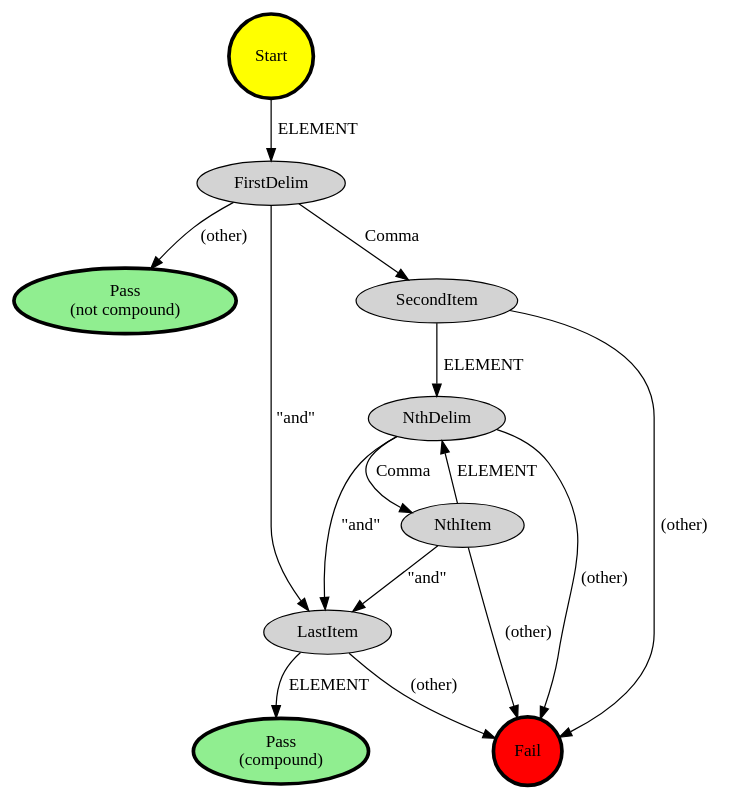
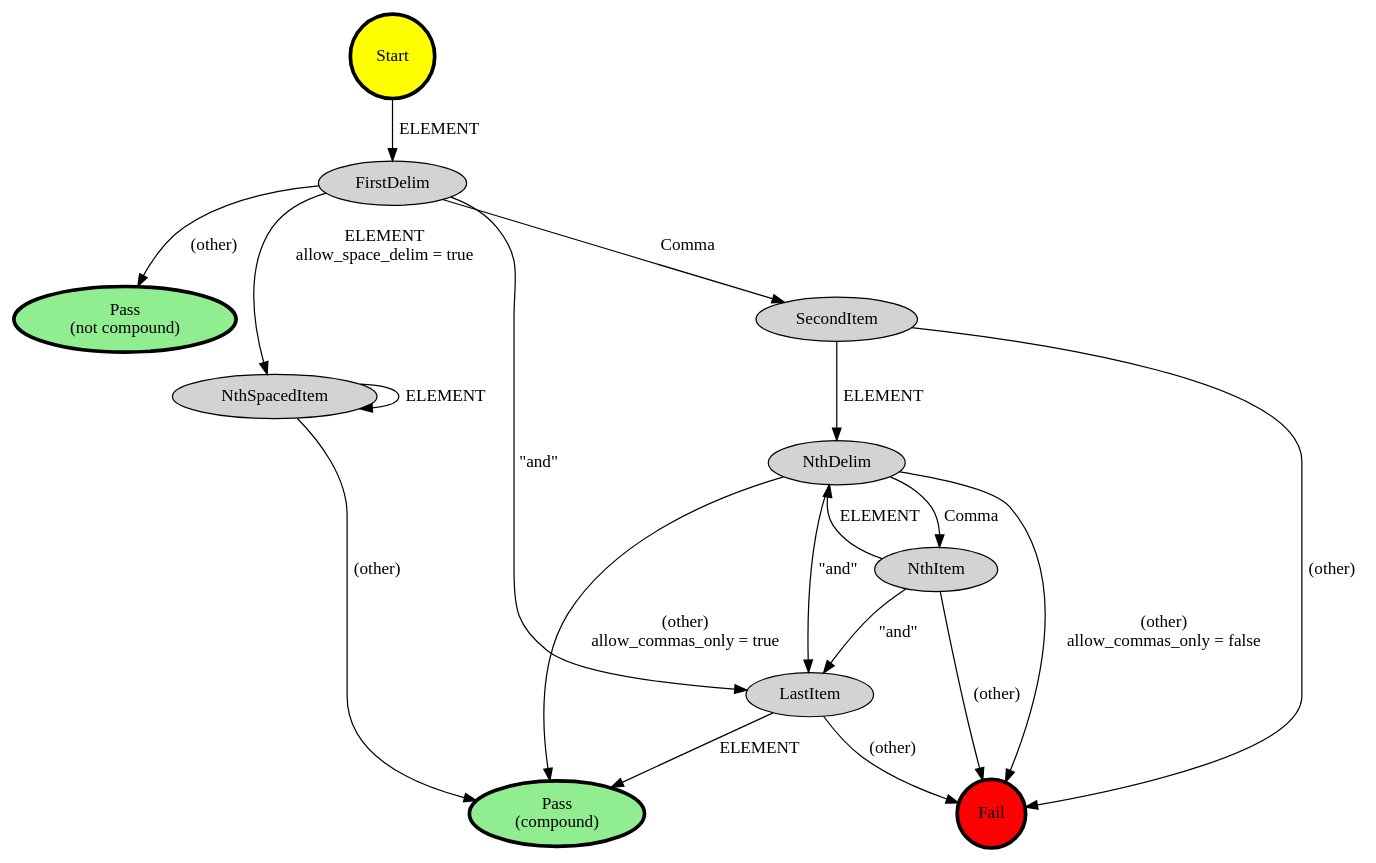
One commit to glindsey/quixote changed the diagram in notes/compound_element_state_machine.dot. Above: the diagram before and after it, drawn with Graphviz. The commit also changed 4 other files, not shown here.

```diff
--- a/notes/compound_element_state_machine.dot
+++ b/notes/compound_element_state_machine.dot
@@ -1,31 +1,46 @@
 digraph G
 {
   node [
     style = filled;
   ]
 
   "Start" [fillcolor=yellow, shape=circle, penwidth=3];
   "Fail" [fillcolor=red, shape=circle, penwidth=3];
   "PassNC" [label="Pass\n(not compound)", fillcolor=lightgreen, penwidth=3];
   "PassC" [label="Pass\n(compound)", fillcolor=lightgreen, penwidth=3];
 
   "Start" -> "FirstDelim" [label="ELEMENT"];
 
   "FirstDelim" -> "LastItem" [label="\"and\""];
   "FirstDelim" -> "SecondItem" [label="Comma"];
+  "FirstDelim" -> "NthSpacedItem" [label="ELEMENT\nallow_space_delim = true"];
   "FirstDelim" -> "PassNC" [label="(other)"];
 
   "SecondItem" -> "NthDelim" [label="ELEMENT"];
   "SecondItem" -> "Fail" [label="(other)"];
 
+  "NthSpacedItem" -> "NthSpacedItem" [label="ELEMENT"];
+  "NthSpacedItem" -> "PassC" [label="(other)"];
+
   "NthDelim" -> "LastItem" [label="\"and\""];
   "NthDelim" -> "NthItem" [label="Comma"];
-  "NthDelim" -> "Fail" [label="(other)"];
+  "NthDelim" -> "PassC" [label="(other)\nallow_commas_only = true"];
+  "NthDelim" -> "Fail" [label="(other)\nallow_commas_only = false"];
 
   "NthItem" -> "LastItem" [label="\"and\""];
   "NthItem" -> "NthDelim" [label="ELEMENT"];
   "NthItem" -> "Fail" [label="(other)"];
 
   "LastItem" -> "PassC" [label="ELEMENT"];
   "LastItem" -> "Fail" [label="(other)"];
+
+  subgraph "to be added" {
+    node [
+      style = "filled,dashed";
+    ]
+
+    edge [
+      style = dashed;
+    ]
+  }
 }
```
